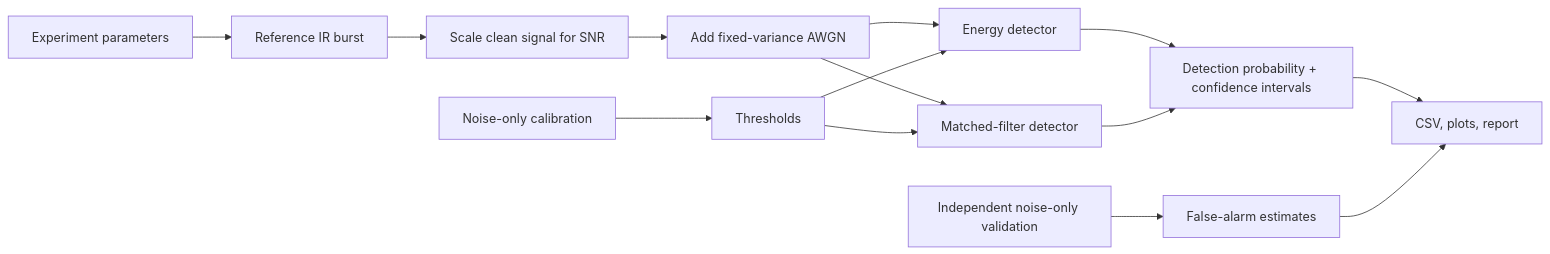
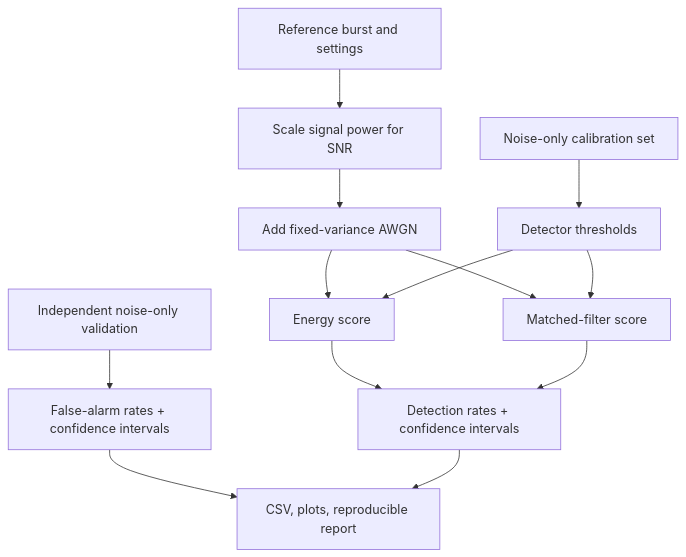
The diagram in README.md (yirirx/IRIS-Infrared-Sensing-Platform), drawn with Mermaid before and after one commit. The commit also changed other lines of this file, not shown here.

Commit message:
Document reproducible IRIS simulation and scientific limitations

````diff
--- a/README.md
+++ b/README.md
@@ -53,16 +59,15 @@
 ```mermaid
-flowchart LR
- A[Experiment parameters] --> B[Reference IR burst]
- B --> C[Scale clean signal for SNR]
- C --> D[Add fixed-variance AWGN]
- D --> E[Energy detector]
- D --> F[Matched-filter detector]
- G[Noise-only calibration] --> H[Thresholds]
- H --> E
- H --> F
- E --> I[Detection probability + confidence intervals]
- F --> I
- J[Independent noise-only validation] --> K[False-alarm estimates]
- I --> L[CSV, plots, report]
- K --> L
+flowchart TD
+    A[Reference burst and settings] --> B[Scale signal power for SNR]
+    B --> C[Add fixed-variance AWGN]
+    C --> D[Energy score]
+    C --> E[Matched-filter score]
+    F[Noise-only calibration set] --> G[Detector thresholds]
+    G --> D
+    G --> E
+    H[Independent noise-only validation] --> I[False-alarm rates + confidence intervals]
+    D --> J[Detection rates + confidence intervals]
+    E --> J
+    I --> K[CSV, plots, reproducible report]
+    J --> K
 ```
````
